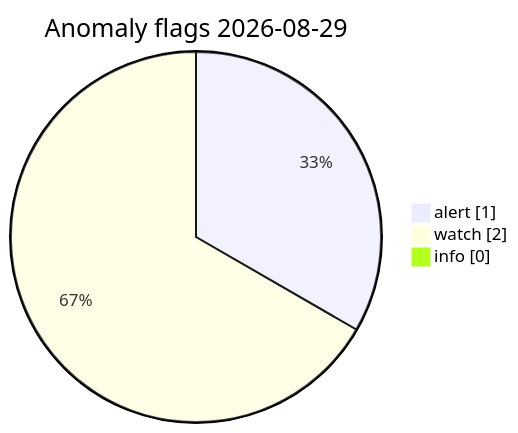
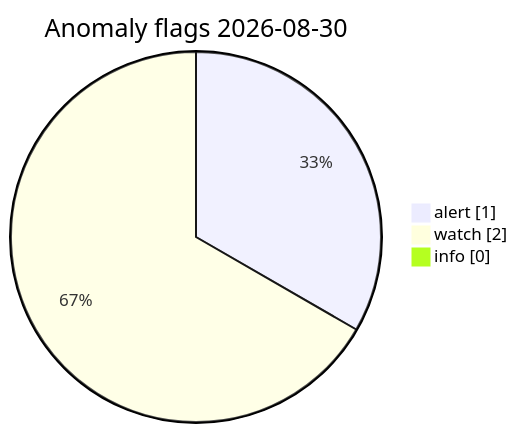
One commit to Midwest-Stratospheric/Unified-Open-Global-Weather changed the diagram in visuals/latest/CHARTS.md. Above: the diagram before and after it, drawn with Mermaid. The commit also changed other lines of this file and 11 other files, not shown here.

Commit message:
data(visuals): automated charts 2026-08-30T06:23Z

````diff
--- a/visuals/latest/CHARTS.md
+++ b/visuals/latest/CHARTS.md
@@ -73,7 +73,7 @@
 ```mermaid
 pie showData
-  title Anomaly flags 2026-08-29
+  title Anomaly flags 2026-08-30
   "alert" : 1
   "watch" : 2
   "info" : 0
 ```
````
